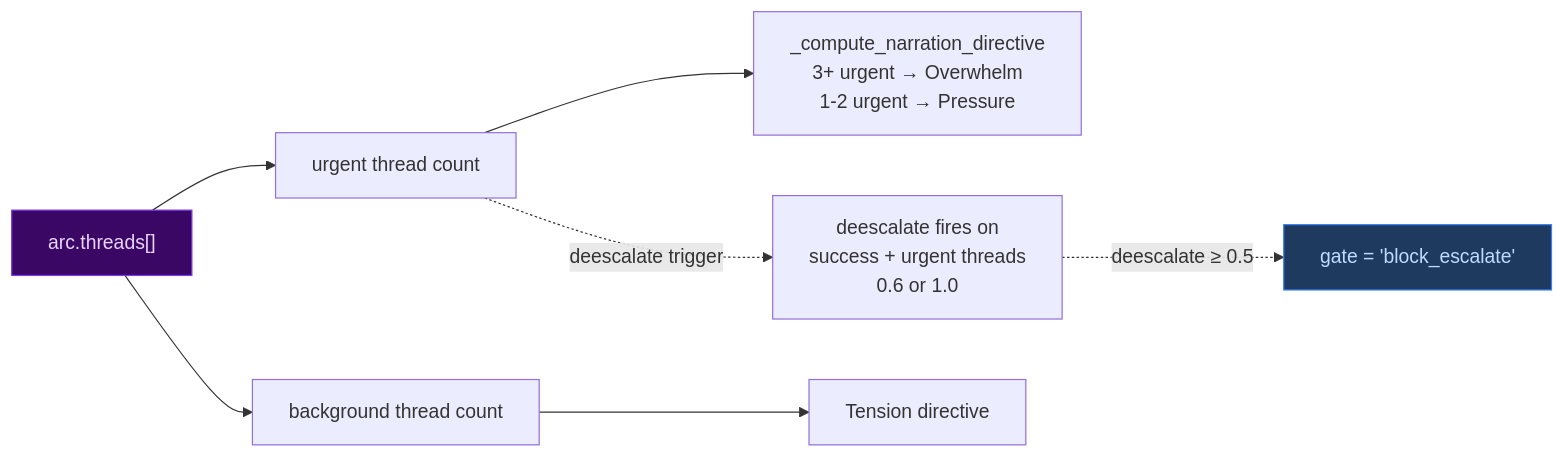
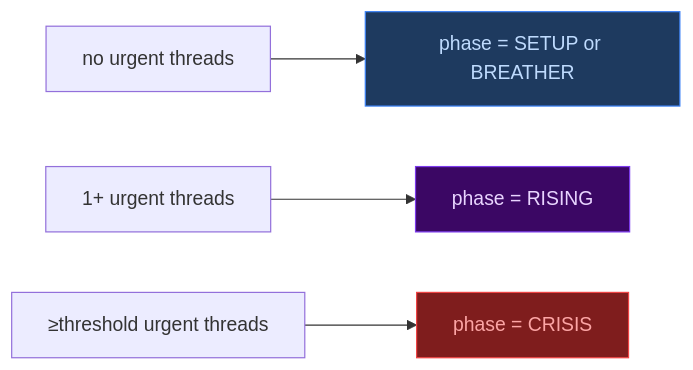
One commit to pww217/fablethread changed the sixth of 7 diagrams in docs/architecture/pacing-systems.md. Above: the diagram before and after it, drawn with Mermaid. The commit also changed other lines of this file and 23 other files, not shown here.

````diff
--- a/docs/architecture/pacing-systems.md
+++ b/docs/architecture/pacing-systems.md
@@ -306,14 +248,10 @@
 ```mermaid
 flowchart LR
-    THREADS["arc.threads[]"] --> UC["urgent thread count"]
-    THREADS --> BC["background thread count"]
+    T0["no urgent threads"] --> SETUP["phase = SETUP or BREATHER"]
+    T1["1+ urgent threads"] --> RISING["phase = RISING"]
+    T2["≥threshold urgent threads"] --> CRISIS["phase = CRISIS"]
 
-    UC --> PC1["_compute_narration_directive<br>3+ urgent → Overwhelm<br>1-2 urgent → Pressure"]
-    BC --> PC2["Tension directive"]
-
-    UC -. "deescalate trigger" .-> DE["deescalate fires on<br>success + urgent threads<br>0.6 or 1.0"]
-    DE -. "deescalate ≥ 0.5" .-> GATE["gate = 'block_escalate'"]
-
-    style THREADS fill:#3b0764,color:#e9d5ff,stroke:#7c3aed,strokeWidth:2px
-    style GATE fill:#1e3a5f,color:#bfdbfe,stroke:#3b82f6
+    style SETUP fill:#1e3a5f,color:#bfdbfe,stroke:#3b82f6
+    style RISING fill:#3b0764,color:#e9d5ff,stroke:#7c3aed
+    style CRISIS fill:#7f1d1d,color:#fca5a5,stroke:#ef4444
 ```
````
